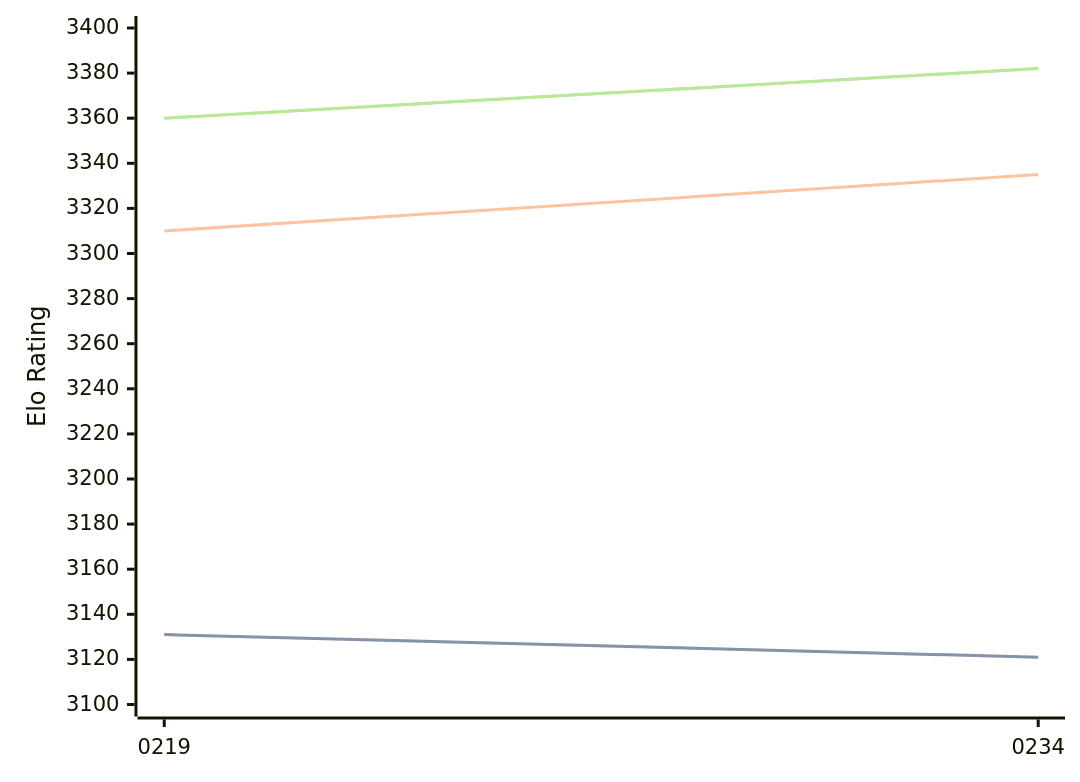
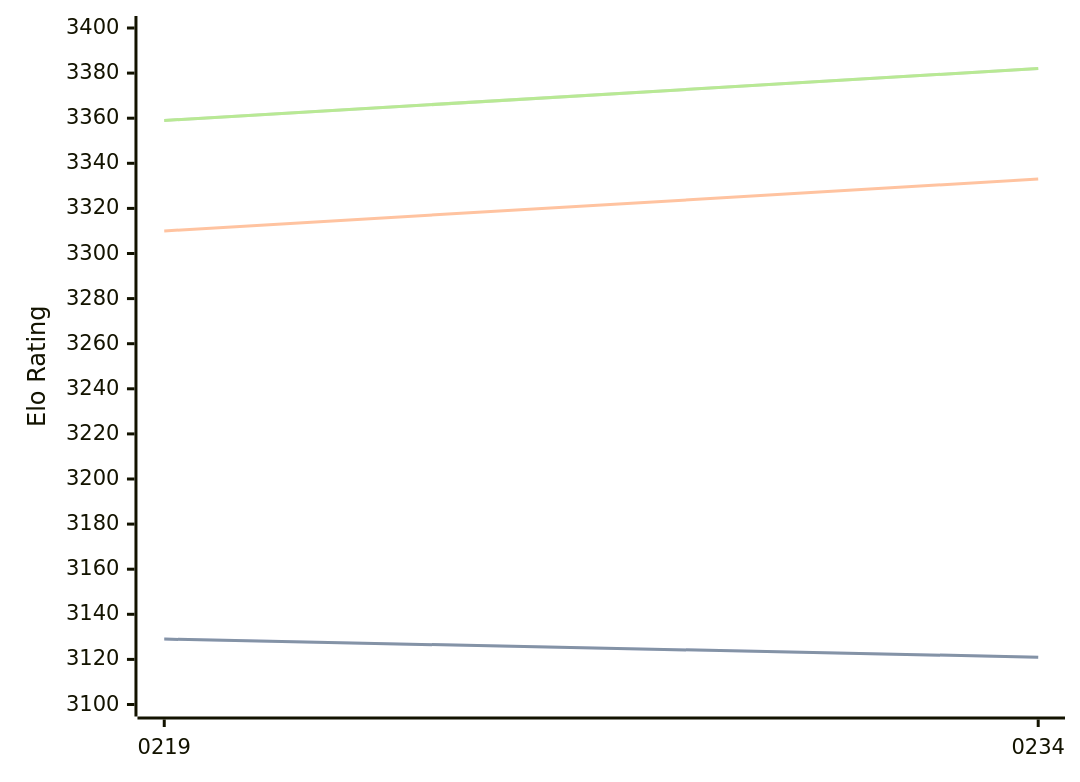
One commit to computer-chess-index/cci changed the diagram in engines/Ynode.md. Above: the diagram before and after it, drawn with Mermaid. The commit also changed other lines of this file, not shown here.

Commit message:
Update CCI Ratings (ELO VLTC) - 2026-08-04

````diff
--- a/engines/Ynode.md
+++ b/engines/Ynode.md
@@ -39,11 +39,11 @@
 ```mermaid
 %%{init: {"theme":"base","themeVariables":{"seriesColors:['#a3a3a3','#222221','#faa371']}}}%%
 xychart-beta
   x-axis ["0219", "0234"]
   y-axis "Elo Rating" 3100 --> 3400
-  line "STC (8.0+0.08s)" [3131, 3121]
-  line "STC (8.0+0.08s)" [3131, 3121]
-  line "LTC (60.0+0.60s)" [3310, 3335]
-  line "VLTC (2m24s+1.12s)" [3360, 3382]
-  line "VLTC (2m24s+1.12s)" [3360, 3382]
+  line "STC (8.0+0.08s)" [3129, 3121]
+  line "STC (8.0+0.08s)" [3129, 3121]
+  line "LTC (60.0+0.60s)" [3310, 3333]
+  line "VLTC (2m24s+1.12s)" [3359, 3382]
+  line "VLTC (2m24s+1.12s)" [3359, 3382]
 ```
````
